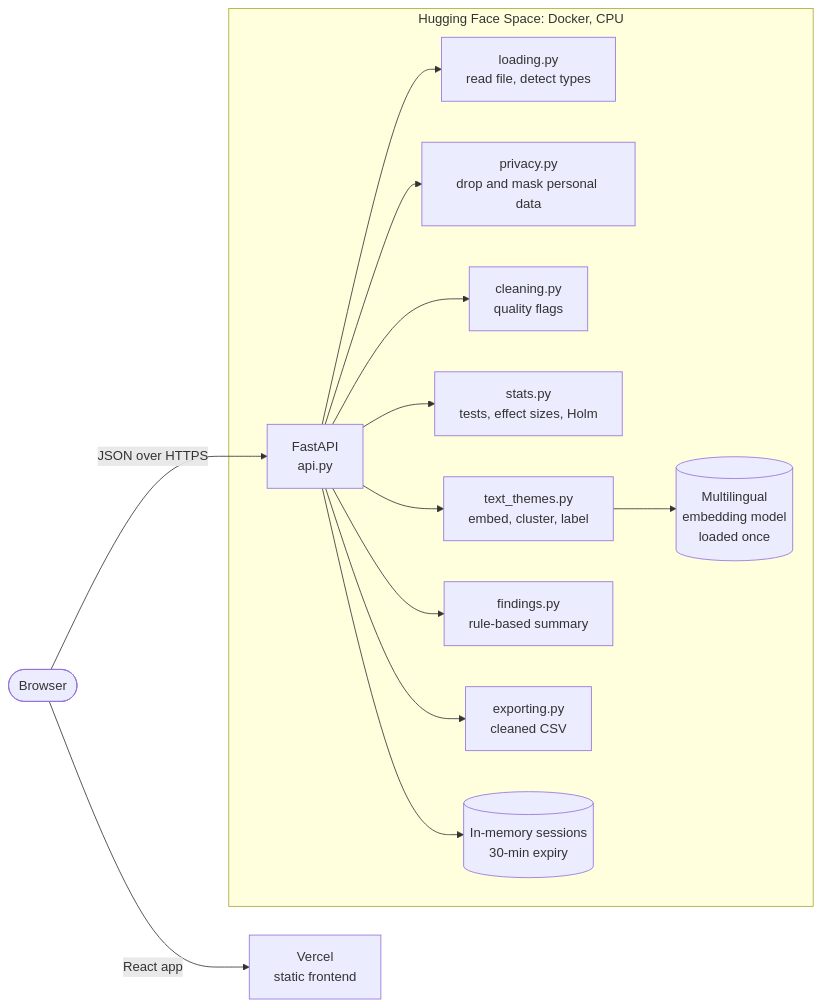
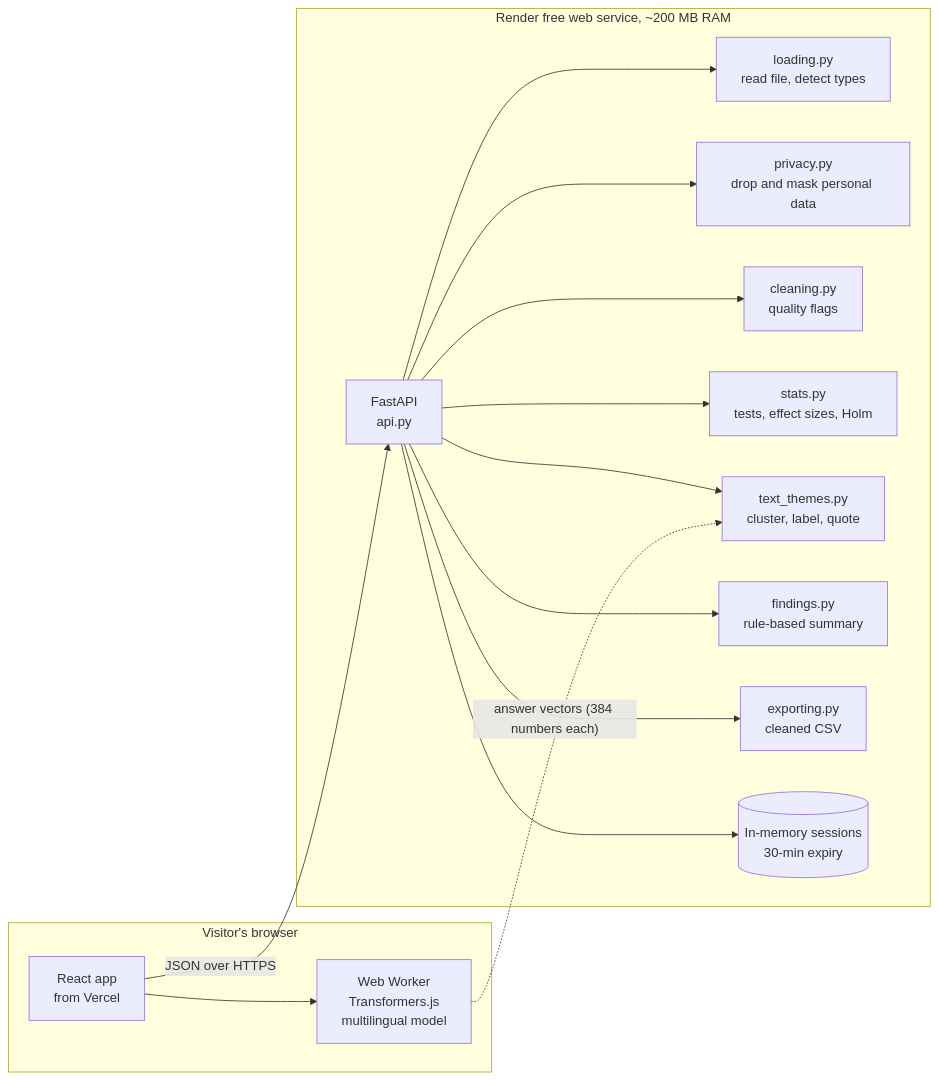
One commit to veevedzee/survey-insight changed the first of 2 diagrams in README.md. Above: the diagram before and after it, drawn with Mermaid. The commit also changed other lines of this file and 30 other files, not shown here.

First line of the commit message:
Run the embedding model in the browser; deploy backend on Render

````diff
--- a/README.md
+++ b/README.md
@@ -70,17 +71,19 @@
 ```mermaid
 flowchart LR
-    U([Browser]) -->|React app| V[Vercel<br/>static frontend]
-    U -->|JSON over HTTPS| A
+    subgraph B[Visitor's browser]
+        UI[React app<br/>from Vercel] --> W[Web Worker<br/>Transformers.js<br/>multilingual model]
+    end
+    UI -->|JSON over HTTPS| A
 
-    subgraph HF[Hugging Face Space: Docker, CPU]
+    subgraph R[Render free web service, ~200 MB RAM]
         A[FastAPI<br/>api.py] --> L[loading.py<br/>read file, detect types]
         A --> P[privacy.py<br/>drop and mask personal data]
         A --> C[cleaning.py<br/>quality flags]
         A --> S[stats.py<br/>tests, effect sizes, Holm]
-        A --> T[text_themes.py<br/>embed, cluster, label]
+        A --> T[text_themes.py<br/>cluster, label, quote]
         A --> F[findings.py<br/>rule-based summary]
         A --> E[exporting.py<br/>cleaned CSV]
-        T --> M[(Multilingual<br/>embedding model<br/>loaded once)]
-        A --> R[(In-memory sessions<br/>30-min expiry)]
+        A --> M[(In-memory sessions<br/>30-min expiry)]
     end
+    W -. "answer vectors (384 numbers each)" .-> T
 ```
````
